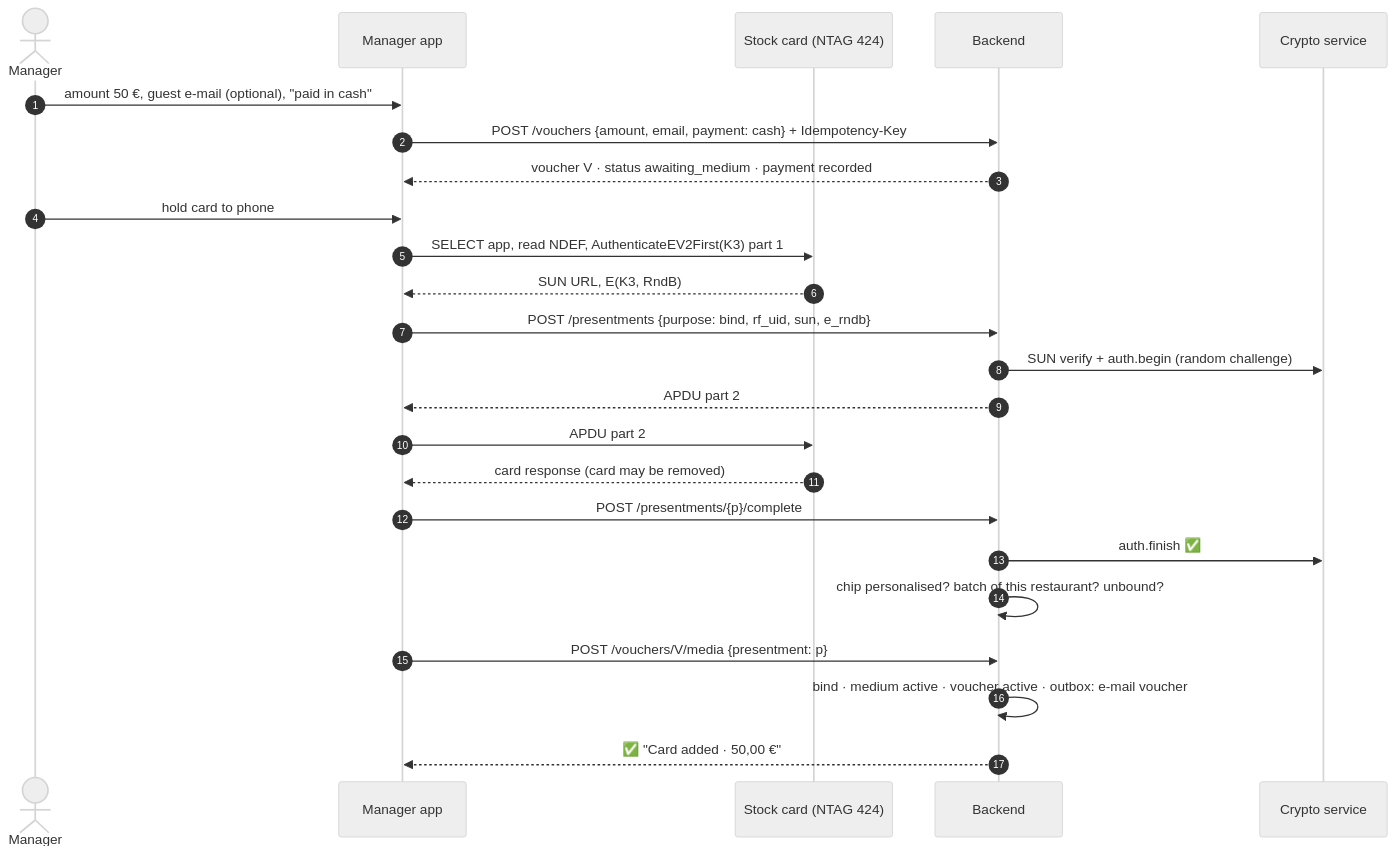
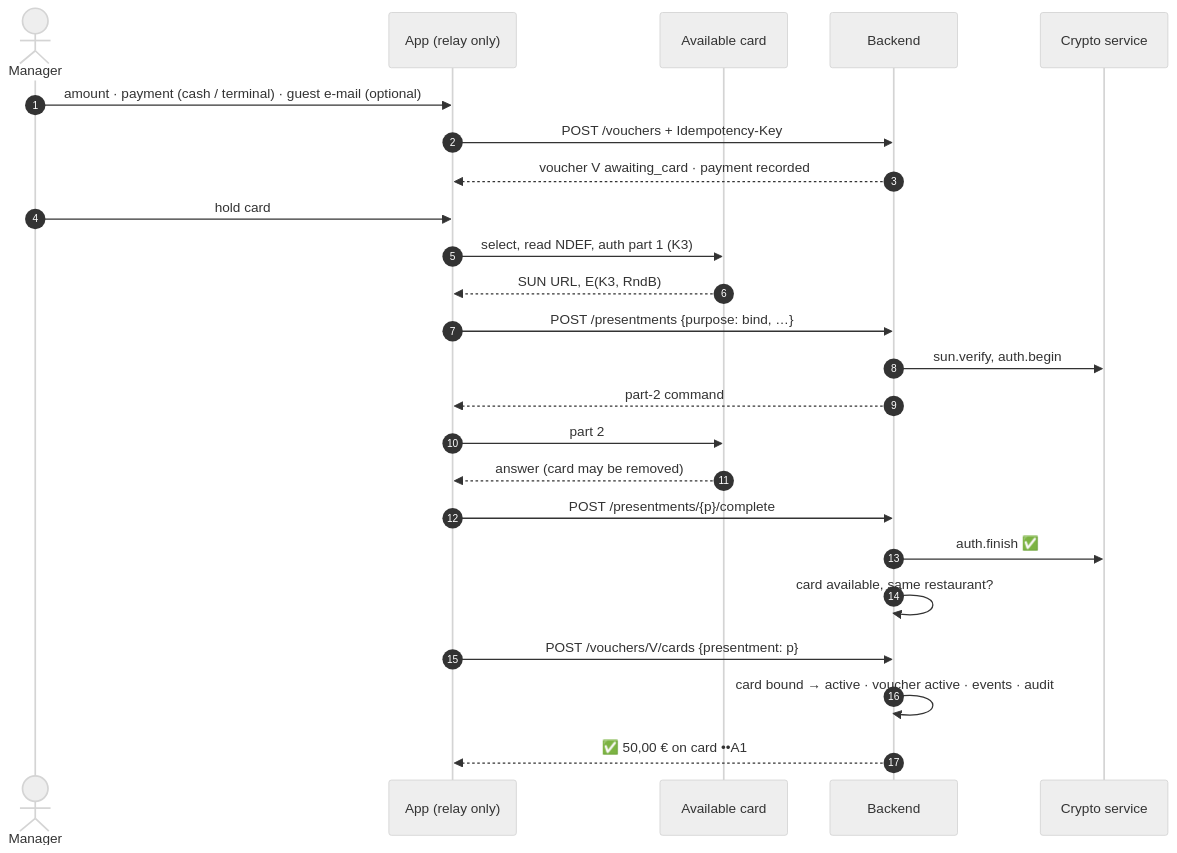
The fifth of 6 diagrams in docs/architecture/giftcard-pro-v2-architecture.md (morganndesign/nfc-gutscheine), drawn with Mermaid (neutral theme) before and after one commit. The commit also changed other lines of this file, not shown here.

First line of the commit message:
docs: freeze GiftCard Pro v2 architecture

````diff
--- a/docs/architecture/giftcard-pro-v2-architecture.md
+++ b/docs/architecture/giftcard-pro-v2-architecture.md
@@ -383,26 +708,26 @@
 ```mermaid
 sequenceDiagram
     autonumber
     actor Mgr as Manager
-    participant App as Manager app
-    participant Card as Stock card (NTAG 424)
+    participant App as App (relay only)
+    participant Card as Available card
     participant API as Backend
     participant CS as Crypto service
-    Mgr->>App: amount 50 €, guest e-mail (optional), "paid in cash"
-    App->>API: POST /vouchers {amount, email, payment: cash} + Idempotency-Key
-    API-->>App: voucher V · status awaiting_medium · payment recorded
-    Mgr->>App: hold card to phone
-    App->>Card: SELECT app, read NDEF, AuthenticateEV2First(K3) part 1
+    Mgr->>App: amount · payment (cash / terminal) · guest e-mail (optional)
+    App->>API: POST /vouchers + Idempotency-Key
+    API-->>App: voucher V awaiting_card · payment recorded
+    Mgr->>App: hold card
+    App->>Card: select, read NDEF, auth part 1 (K3)
     Card-->>App: SUN URL, E(K3, RndB)
-    App->>API: POST /presentments {purpose: bind, rf_uid, sun, e_rndb}
-    API->>CS: SUN verify + auth.begin (random challenge)
-    API-->>App: APDU part 2
-    App->>Card: APDU part 2
-    Card-->>App: card response (card may be removed)
+    App->>API: POST /presentments {purpose: bind, …}
+    API->>CS: sun.verify, auth.begin
+    API-->>App: part-2 command
+    App->>Card: part 2
+    Card-->>App: answer (card may be removed)
     App->>API: POST /presentments/{p}/complete
     API->>CS: auth.finish ✅
-    API->>API: chip personalised? batch of this restaurant? unbound?
-    App->>API: POST /vouchers/V/media {presentment: p}
-    API->>API: bind · medium active · voucher active · outbox: e-mail voucher
-    API-->>App: ✅ "Card added · 50,00 €"
+    API->>API: card available, same restaurant?
+    App->>API: POST /vouchers/V/cards {presentment: p}
+    API->>API: card bound → active · voucher active · events · audit
+    API-->>App: ✅ 50,00 € on card ••A1
 ```
````
